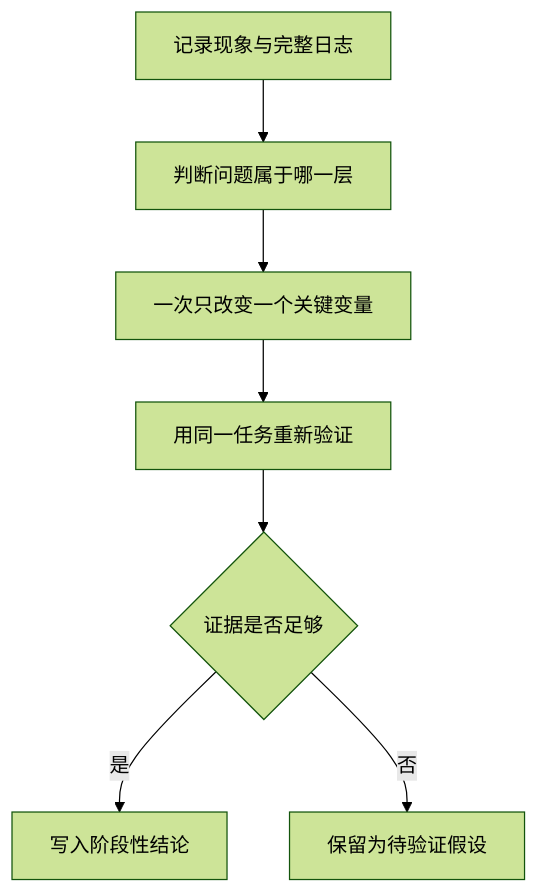
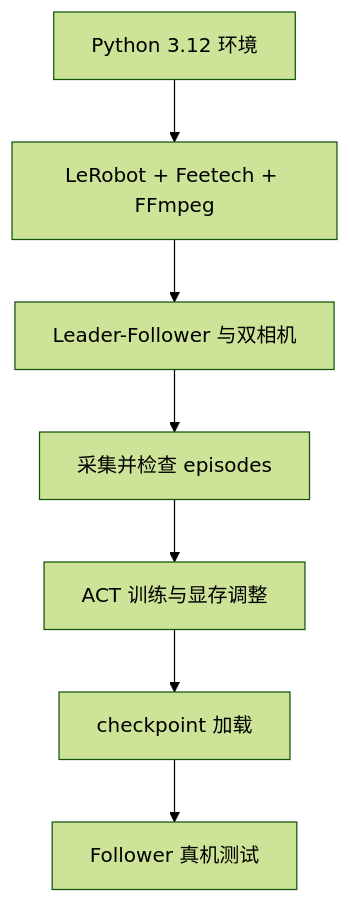
The diagram in README.md (Zeil6/lerobot-so101-imitation-learning), drawn with Mermaid (forest theme) before and after one commit. The commit also changed other lines of this file and 3 other files, not shown here.

````diff
--- a/README.md
+++ b/README.md
@@ -51,9 +39,9 @@
 ```mermaid
 flowchart TD
-    A[记录现象与完整日志] --> B[判断问题属于哪一层]
-    B --> C[一次只改变一个关键变量]
-    C --> D[用同一任务重新验证]
-    D --> E{证据是否足够}
-    E -- 是 --> F[写入阶段性结论]
-    E -- 否 --> G[保留为待验证假设]
+    A[Python 3.12 环境] --> B[LeRobot + Feetech + FFmpeg]
+    B --> C[Leader-Follower 与双相机]
+    C --> D[采集并检查 episodes]
+    D --> E[ACT 训练与显存调整]
+    E --> F[checkpoint 加载]
+    F --> G[Follower 真机测试]
 ```
````
